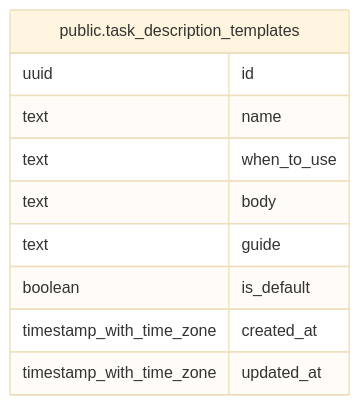
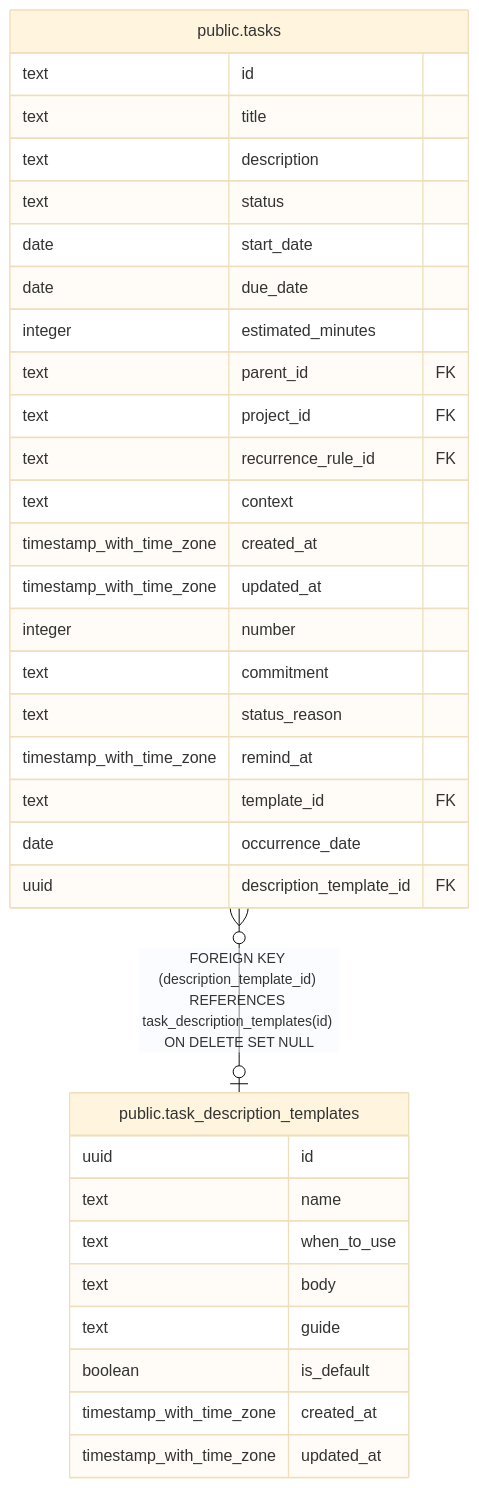
One commit to fohte/tq changed the diagram in api/docs/db/public.task_description_templates.md. Above: the diagram before and after it, drawn with Mermaid (base theme). The commit also changed other lines of this file and 32 other files, not shown here.

Commit message:
task: validate description against template on update (#892)

````diff
--- a/api/docs/db/public.task_description_templates.md
+++ b/api/docs/db/public.task_description_templates.md
@@ -45,15 +45,38 @@
 ```mermaid
 erDiagram
 
+"public.tasks" }o--o| "public.task_description_templates" : "FOREIGN KEY (description_template_id) REFERENCES task_description_templates(id) ON DELETE SET NULL"
 
 "public.task_description_templates" {
   uuid id
   text name
   text when_to_use
   text body
   text guide
   boolean is_default
   timestamp_with_time_zone created_at
   timestamp_with_time_zone updated_at
 }
+"public.tasks" {
+  text id
+  text title
+  text description
+  text status
+  date start_date
+  date due_date
+  integer estimated_minutes
+  text parent_id FK
+  text project_id FK
+  text recurrence_rule_id FK
+  text context
+  timestamp_with_time_zone created_at
+  timestamp_with_time_zone updated_at
+  integer number
+  text commitment
+  text status_reason
+  timestamp_with_time_zone remind_at
+  text template_id FK
+  date occurrence_date
+  uuid description_template_id FK
+}
 ```
````
